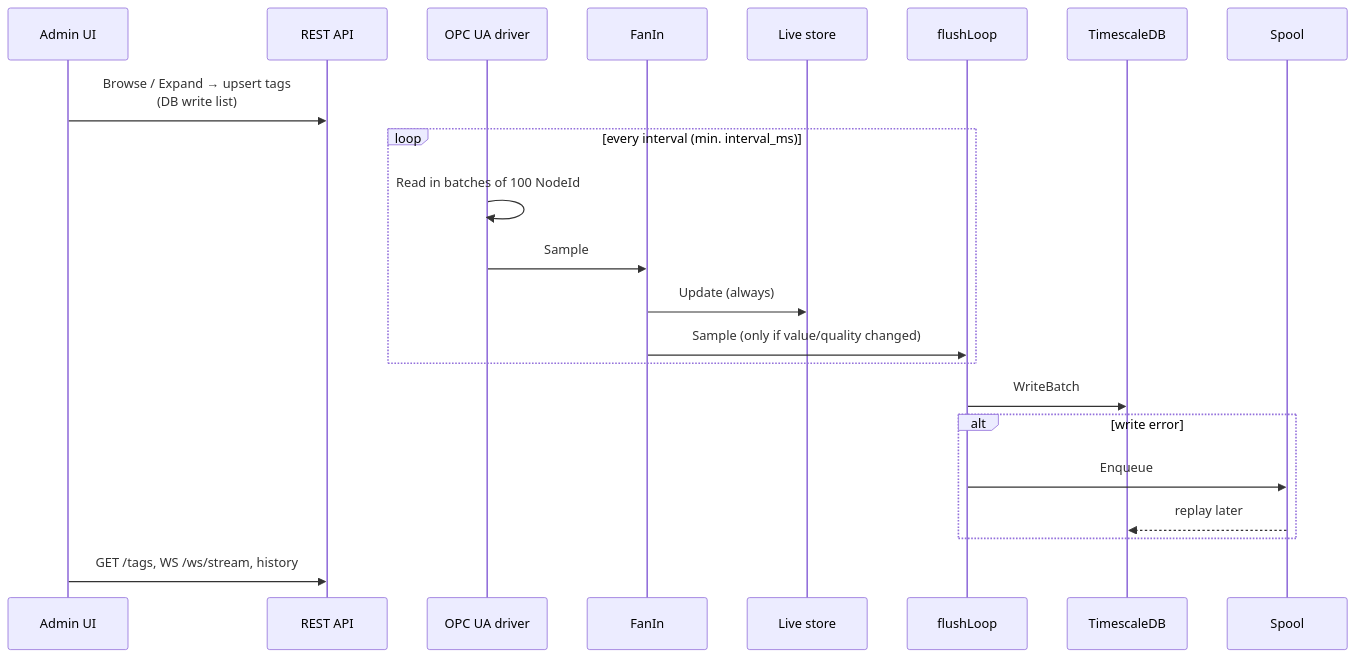
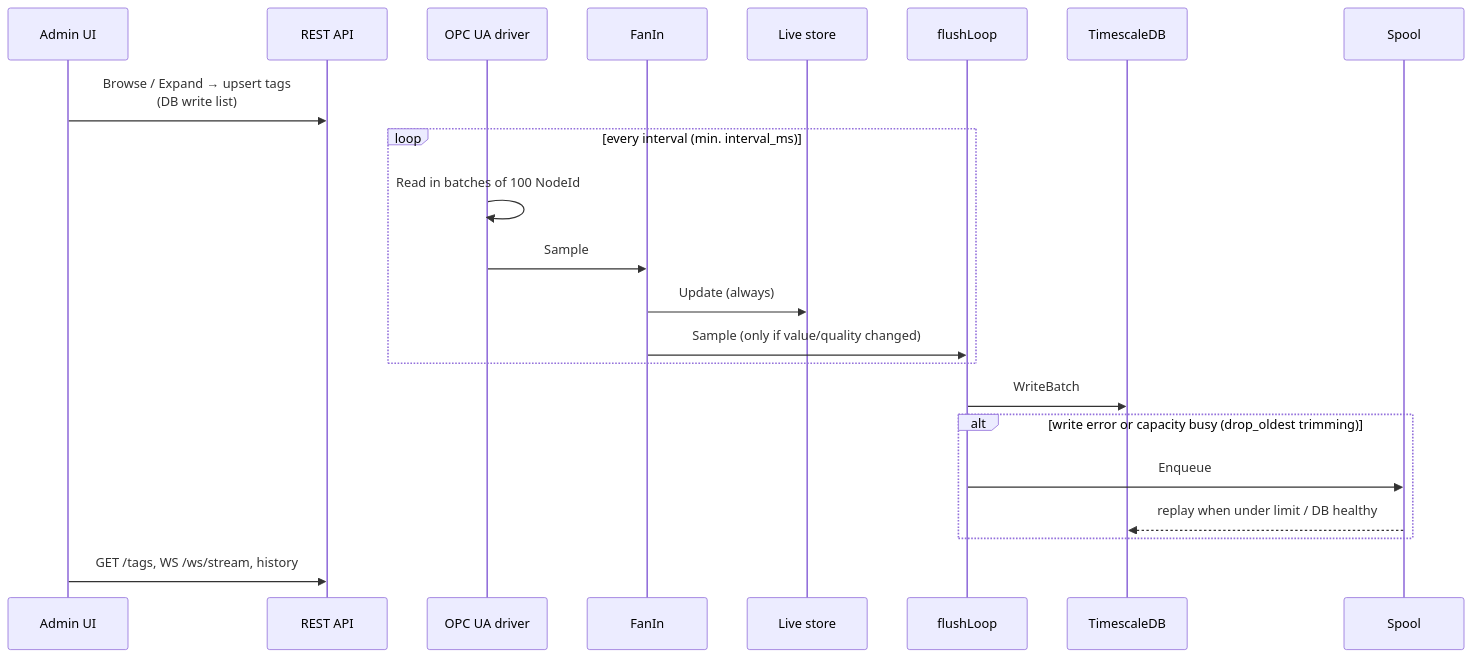
Before and after one commit to popelev/level2: the third of 3 diagrams in README.md, drawn with Mermaid. The commit also changed other lines of this file and 8 other files, not shown here.

````diff
--- a/README.md
+++ b/README.md
@@ -78,25 +78,25 @@
 ```mermaid
 sequenceDiagram
   participant UI as Admin UI
   participant API as REST API
   participant Drv as OPC UA driver
   participant Fan as FanIn
   participant Live as Live store
   participant Flush as flushLoop
   participant TS as TimescaleDB
   participant Sp as Spool
 
   UI->>API: Browse / Expand → upsert tags<br/>(DB write list)
   loop every interval (min. interval_ms)
     Drv->>Drv: Read in batches of 100 NodeId
     Drv->>Fan: Sample
     Fan->>Live: Update (always)
     Fan->>Flush: Sample (only if value/quality changed)
   end
   Flush->>TS: WriteBatch
-  alt write error
+  alt write error or capacity busy (drop_oldest trimming)
     Flush->>Sp: Enqueue
-    Sp-->>TS: replay later
+    Sp-->>TS: replay when under limit / DB healthy
   end
   UI->>API: GET /tags, WS /ws/stream, history
 ```
````
